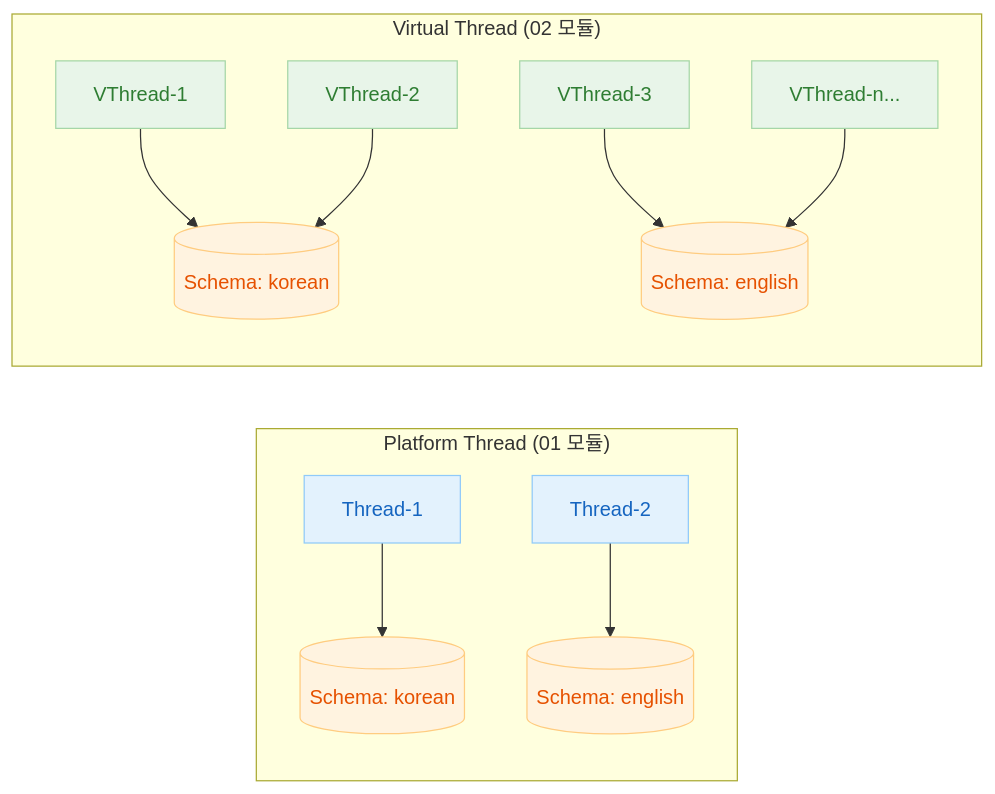
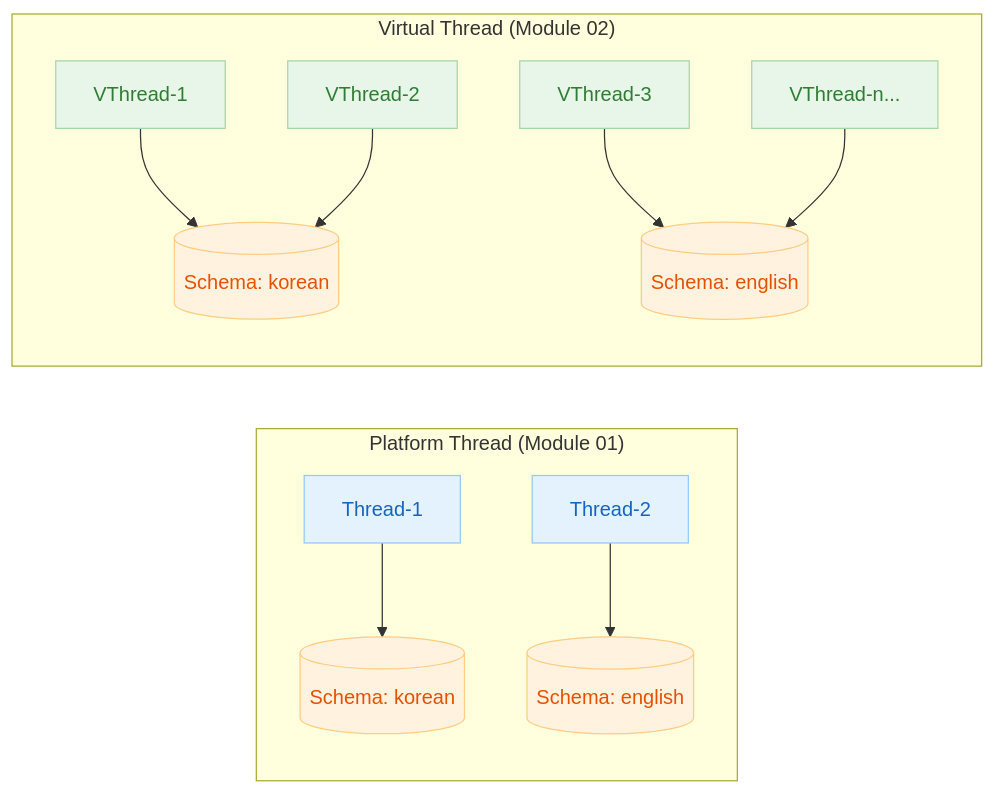
The third of 4 diagrams in 10-multi-tenant/02-multitenant-spring-web-virtualthread/README.md (bluetape4k/exposed-workshop), drawn with Mermaid before and after one commit. The commit also changed other lines of this file and 115 other files, not shown here.

````diff
--- a/10-multi-tenant/02-multitenant-spring-web-virtualthread/README.md
+++ b/10-multi-tenant/02-multitenant-spring-web-virtualthread/README.md
@@ -147,21 +147,21 @@
 ```mermaid
 flowchart LR
-    subgraph PT["Platform Thread (01 모듈)"]
+    subgraph PT["Platform Thread (Module 01)"]
         PT1[Thread-1] --> DB1[(Schema: korean)]
         PT2[Thread-2] --> DB2[(Schema: english)]
     end
-    subgraph VT["Virtual Thread (02 모듈)"]
+    subgraph VT["Virtual Thread (Module 02)"]
         VT1[VThread-1] --> DB3[(Schema: korean)]
         VT2[VThread-2] --> DB3
         VT3[VThread-3] --> DB4[(Schema: english)]
         VT4[VThread-n...] --> DB4
     end
 
     classDef blue fill:#E3F2FD,stroke:#90CAF9,color:#1565C0
     classDef green fill:#E8F5E9,stroke:#A5D6A7,color:#2E7D32
     classDef orange fill:#FFF3E0,stroke:#FFCC80,color:#E65100
 
     class PT1,PT2 blue
     class VT1,VT2,VT3,VT4 green
     class DB1,DB2,DB3,DB4 orange
 ```
````
